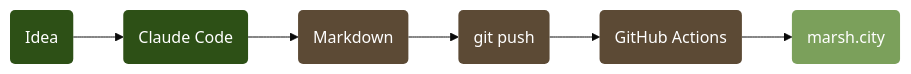
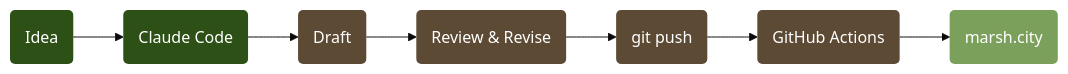
One commit to Minimalistic/marsh.city changed the diagram in src/content/projects/marsh-city.md. Above: the diagram before and after it, drawn with Mermaid (base theme).

Commit message:
Add draft and review steps to marsh-city workflow diagram

````diff
--- a/src/content/projects/marsh-city.md
+++ b/src/content/projects/marsh-city.md
@@ -16,11 +16,12 @@
 ```mermaid
 flowchart LR
-  idea(Idea) --> claude(Claude Code) --> md(Markdown) --> push(git push) --> actions(GitHub Actions) --> live(marsh.city)
+  idea(Idea) --> claude(Claude Code) --> draft(Draft) --> review("Review & Revise") --> push(git push) --> actions(GitHub Actions) --> live(marsh.city)
 
   style idea fill:#2d5016,color:#fff,stroke:none
   style claude fill:#2d5016,color:#fff,stroke:none
-  style md fill:#5c4a35,color:#fff,stroke:none
+  style draft fill:#5c4a35,color:#fff,stroke:none
+  style review fill:#5c4a35,color:#fff,stroke:none
   style push fill:#5c4a35,color:#fff,stroke:none
   style actions fill:#5c4a35,color:#fff,stroke:none
   style live fill:#7ba05b,color:#fff,stroke:none
 ```
````
